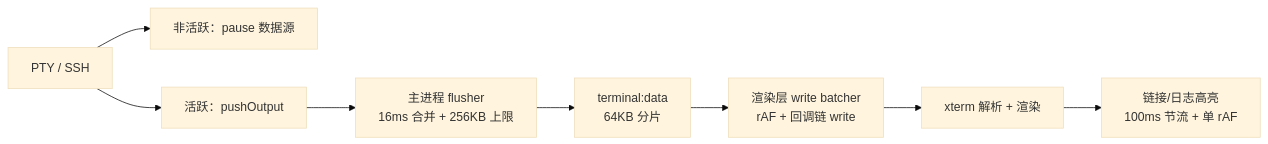
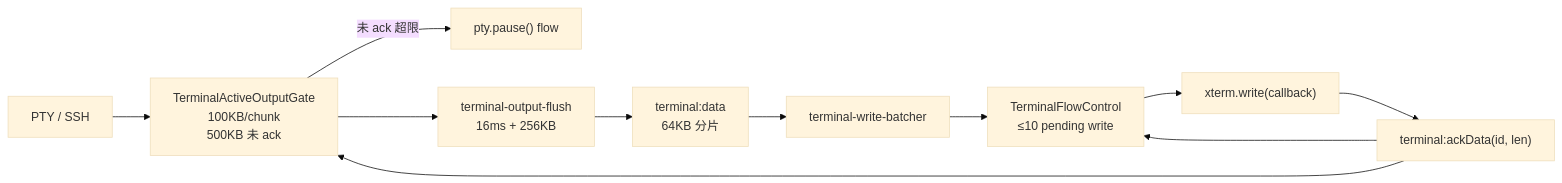
One commit to Landers1037/NioZy changed the third of 4 diagrams in docs/功能实验特性.md. Above: the diagram before and after it, drawn with Mermaid (base theme). The commit also changed other lines of this file and 19 other files, not shown here.

First line of the commit message:
perf(terminal): add Tabby-style closed-loop backpressure for flood output

````diff
--- a/docs/功能实验特性.md
+++ b/docs/功能实验特性.md
@@ -195,10 +201,13 @@
 ```mermaid
 flowchart LR
-  PTY["PTY / SSH"] --> Pause["非活跃：pause 数据源"]
-  PTY --> Active["活跃：pushOutput"]
-  Active --> Flush["主进程 flusher\n16ms 合并 + 256KB 上限"]
+  PTY["PTY / SSH"] --> Gate["TerminalActiveOutputGate\n100KB/chunk\n500KB 未 ack"]
+  Gate -->|"未 ack 超限"| FlowPause["pty.pause() flow"]
+  Gate --> Flush["terminal-output-flush\n16ms + 256KB"]
   Flush --> IPC["terminal:data\n64KB 分片"]
-  IPC --> Batcher["渲染层 write batcher\nrAF + 回调链 write"]
-  Batcher --> Xterm["xterm 解析 + 渲染"]
-  Xterm --> HL["链接/日志高亮\n100ms 节流 + 单 rAF"]
+  IPC --> Batcher["terminal-write-batcher"]
+  Batcher --> FC["TerminalFlowControl\n≤10 pending write"]
+  FC --> Xterm["xterm.write(callback)"]
+  Xterm --> Ack["terminal:ackData(id, len)"]
+  Ack --> Gate
+  Ack --> FC
 ```
````
